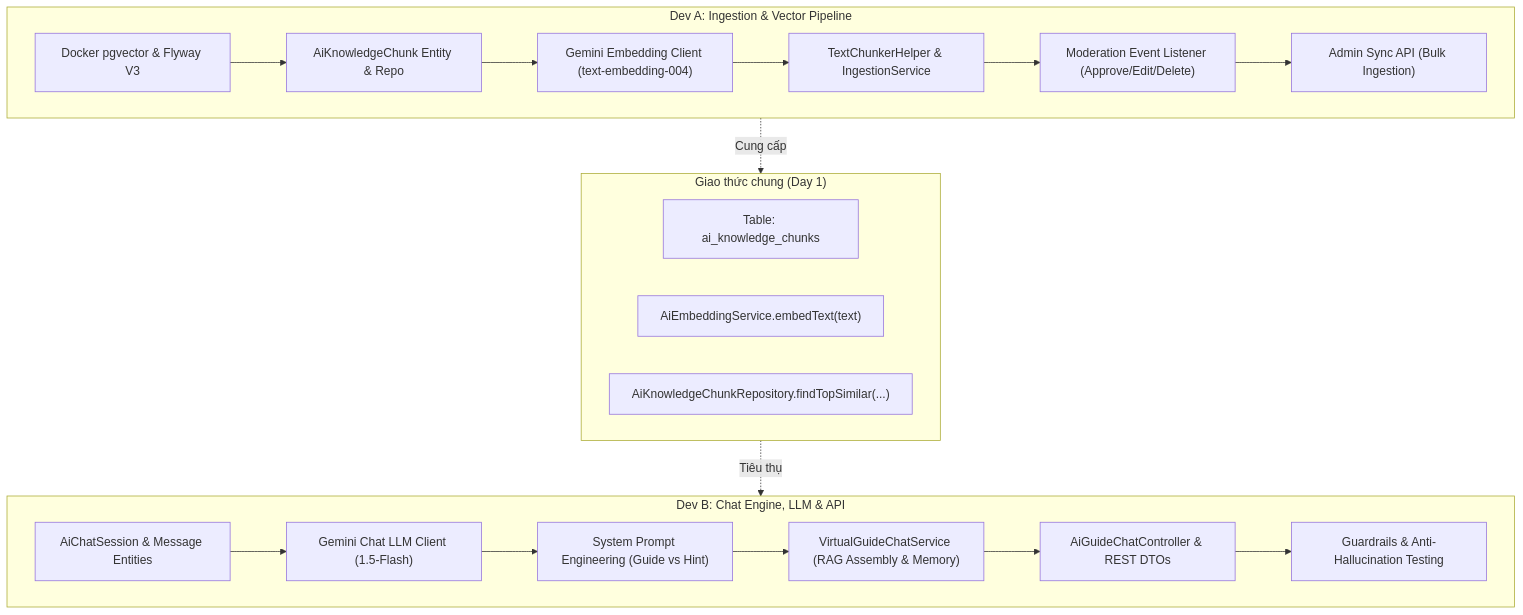
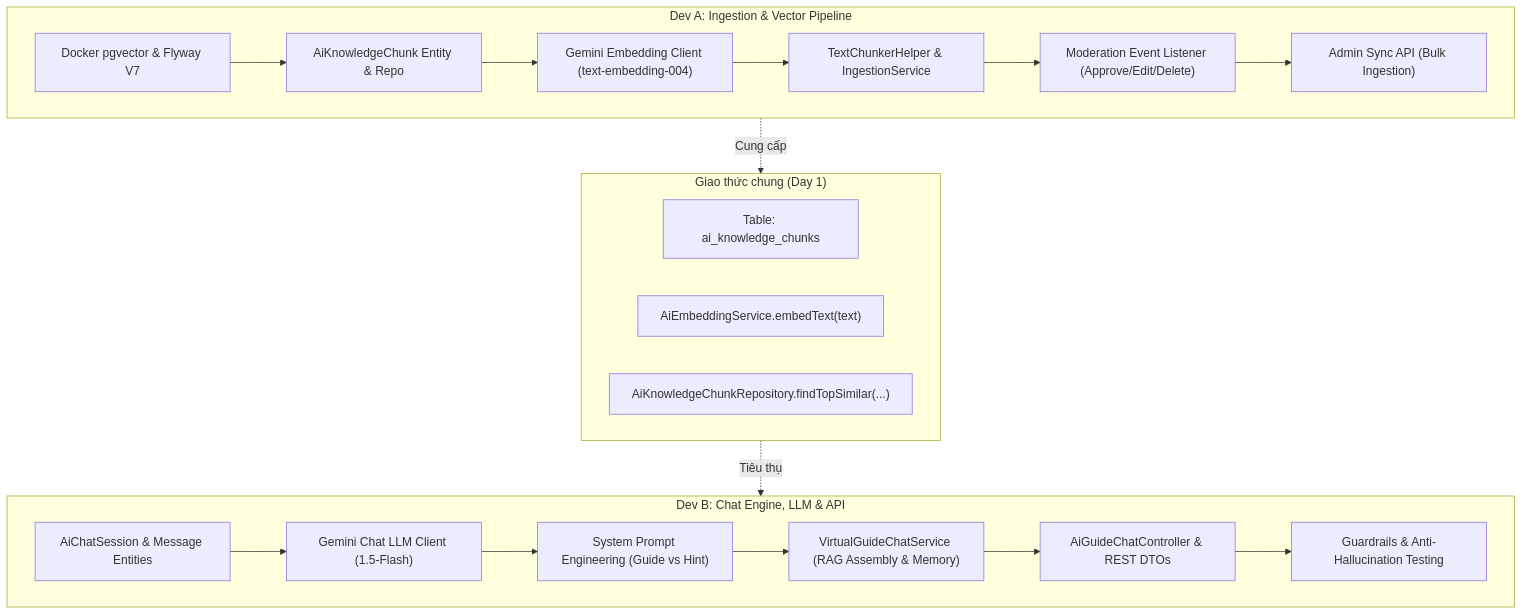
The first of 2 diagrams in backend/docs/AI_RAG_IMPLEMENTATION_PLAN.md (mlong05/journey-go), drawn with Mermaid before and after one commit. The commit also changed other lines of this file and 25 other files, not shown here.

````diff
--- a/backend/docs/AI_RAG_IMPLEMENTATION_PLAN.md
+++ b/backend/docs/AI_RAG_IMPLEMENTATION_PLAN.md
@@ -12,27 +12,27 @@
 ```mermaid
 flowchart TD
     subgraph DevA["Dev A: Ingestion & Vector Pipeline"]
-        A1["Docker pgvector & Flyway V3"] --> A2["AiKnowledgeChunk Entity & Repo"]
+        A1["Docker pgvector & Flyway V7"] --> A2["AiKnowledgeChunk Entity & Repo"]
         A2 --> A3["Gemini Embedding Client (text-embedding-004)"]
         A3 --> A4["TextChunkerHelper & IngestionService"]
         A4 --> A5["Moderation Event Listener (Approve/Edit/Delete)"]
         A5 --> A6["Admin Sync API (Bulk Ingestion)"]
     end
 
     subgraph InterfaceContract["Giao thức chung (Day 1)"]
         IC1["Table: ai_knowledge_chunks"]
         IC2["AiEmbeddingService.embedText(text)"]
         IC3["AiKnowledgeChunkRepository.findTopSimilar(...)"]
     end
 
     subgraph DevB["Dev B: Chat Engine, LLM & API"]
         B1["AiChatSession & Message Entities"] --> B2["Gemini Chat LLM Client (1.5-Flash)"]
         B2 --> B3["System Prompt Engineering (Guide vs Hint)"]
         B3 --> B4["VirtualGuideChatService (RAG Assembly & Memory)"]
         B4 --> B5["AiGuideChatController & REST DTOs"]
         B5 --> B6["Guardrails & Anti-Hallucination Testing"]
     end
 
     DevA -. Cung cấp .-> InterfaceContract
     InterfaceContract -. Tiêu thụ .-> DevB
 ```
````
